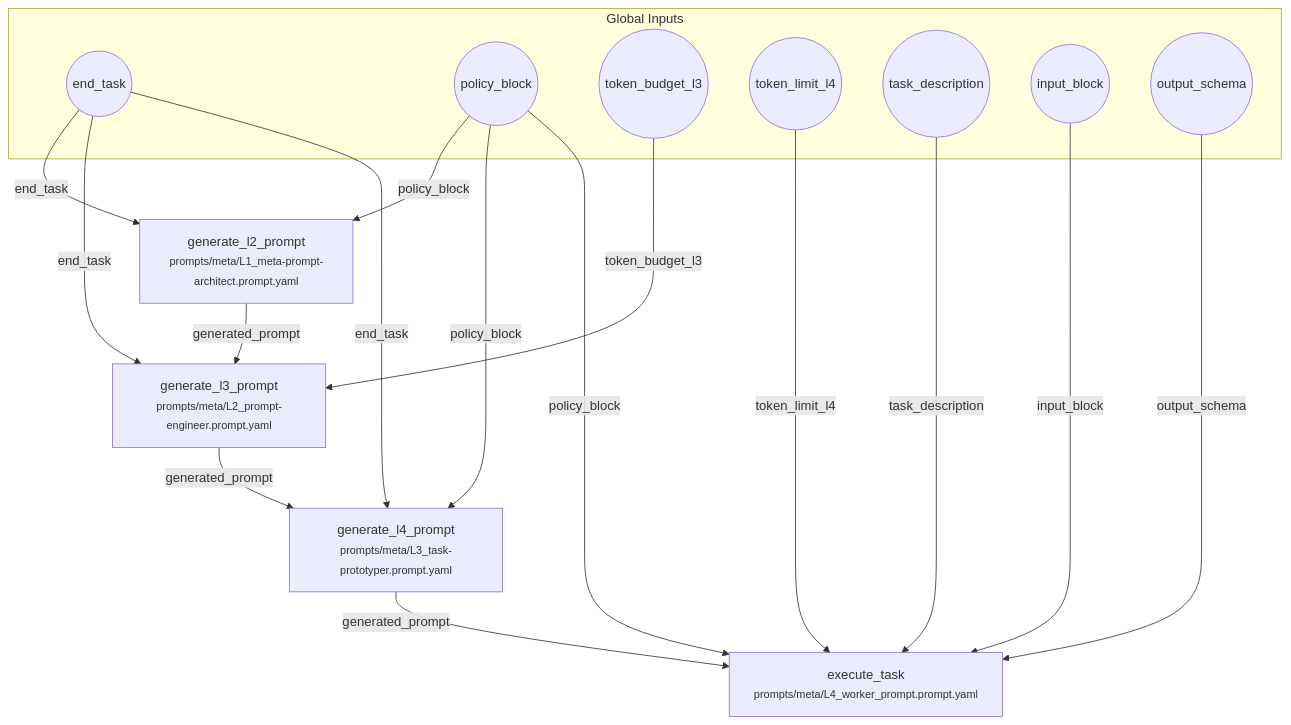
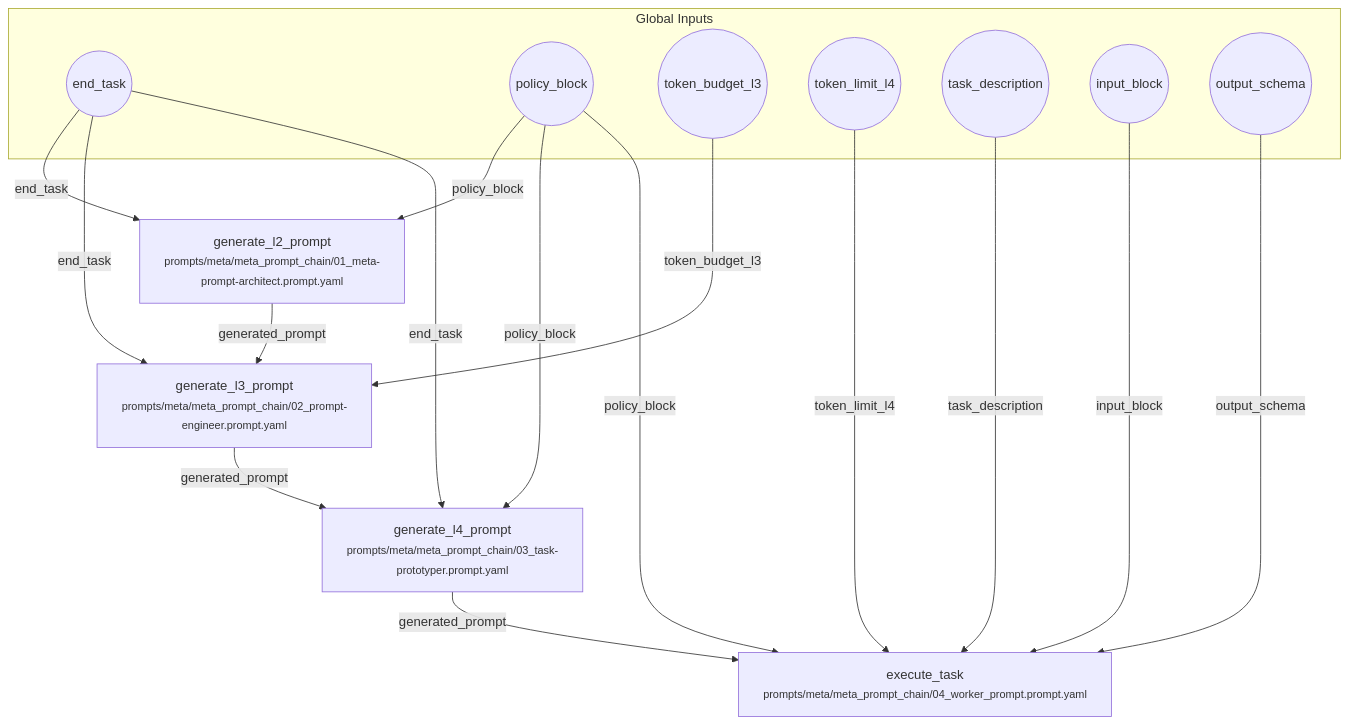
The diagram in workflows/meta/meta_prompt_chain.workflow.md (fderuiter/proompts), drawn with Mermaid before and after one commit. The commit also changed 31 other files, not shown here.

````diff
--- a/workflows/meta/meta_prompt_chain.workflow.md
+++ b/workflows/meta/meta_prompt_chain.workflow.md
@@ -7,30 +7,30 @@
 ```mermaid
 flowchart TD
     subgraph Inputs [Global Inputs]
         inp_end_task((end_task))
         inp_policy_block((policy_block))
         inp_token_budget_l3((token_budget_l3))
         inp_token_limit_l4((token_limit_l4))
         inp_task_description((task_description))
         inp_input_block((input_block))
         inp_output_schema((output_schema))
     end
-    generate_l2_prompt["generate_l2_prompt<br/><small>prompts/meta/L1_meta-prompt-architect.prompt.yaml</small>"]
-    generate_l3_prompt["generate_l3_prompt<br/><small>prompts/meta/L2_prompt-engineer.prompt.yaml</small>"]
-    generate_l4_prompt["generate_l4_prompt<br/><small>prompts/meta/L3_task-prototyper.prompt.yaml</small>"]
-    execute_task["execute_task<br/><small>prompts/meta/L4_worker_prompt.prompt.yaml</small>"]
+    generate_l2_prompt["generate_l2_prompt<br/><small>prompts/meta/meta_prompt_chain/01_meta-prompt-architect.prompt.yaml</small>"]
+    generate_l3_prompt["generate_l3_prompt<br/><small>prompts/meta/meta_prompt_chain/02_prompt-engineer.prompt.yaml</small>"]
+    generate_l4_prompt["generate_l4_prompt<br/><small>prompts/meta/meta_prompt_chain/03_task-prototyper.prompt.yaml</small>"]
+    execute_task["execute_task<br/><small>prompts/meta/meta_prompt_chain/04_worker_prompt.prompt.yaml</small>"]
     inp_end_task -->|end_task| generate_l2_prompt
     inp_policy_block -->|policy_block| generate_l2_prompt
     generate_l2_prompt -->|generated_prompt| generate_l3_prompt
     inp_end_task -->|end_task| generate_l3_prompt
     inp_token_budget_l3 -->|token_budget_l3| generate_l3_prompt
     generate_l3_prompt -->|generated_prompt| generate_l4_prompt
     inp_end_task -->|end_task| generate_l4_prompt
     inp_policy_block -->|policy_block| generate_l4_prompt
     generate_l4_prompt -->|generated_prompt| execute_task
     inp_task_description -->|task_description| execute_task
     inp_input_block -->|input_block| execute_task
     inp_output_schema -->|output_schema| execute_task
     inp_policy_block -->|policy_block| execute_task
     inp_token_limit_l4 -->|token_limit_l4| execute_task
 ```
````
